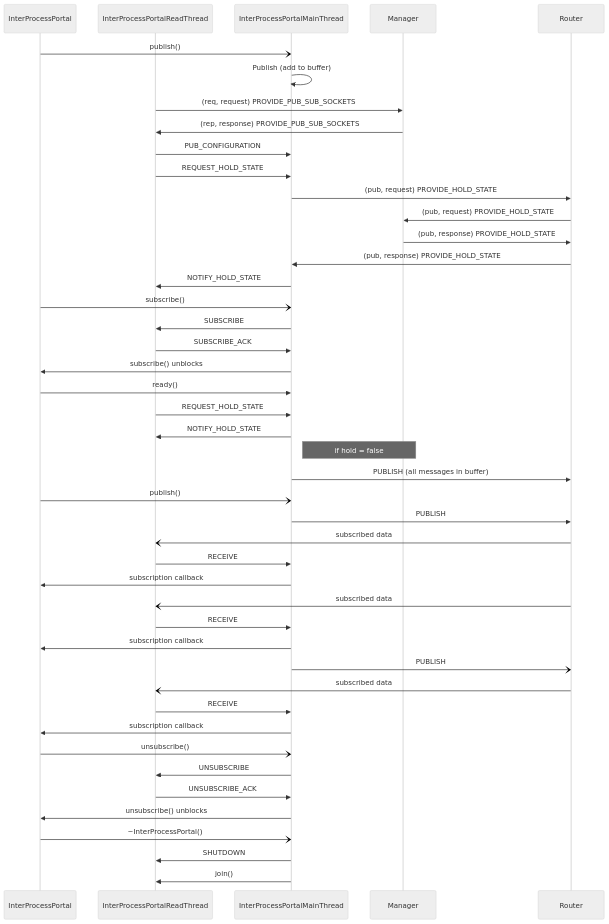
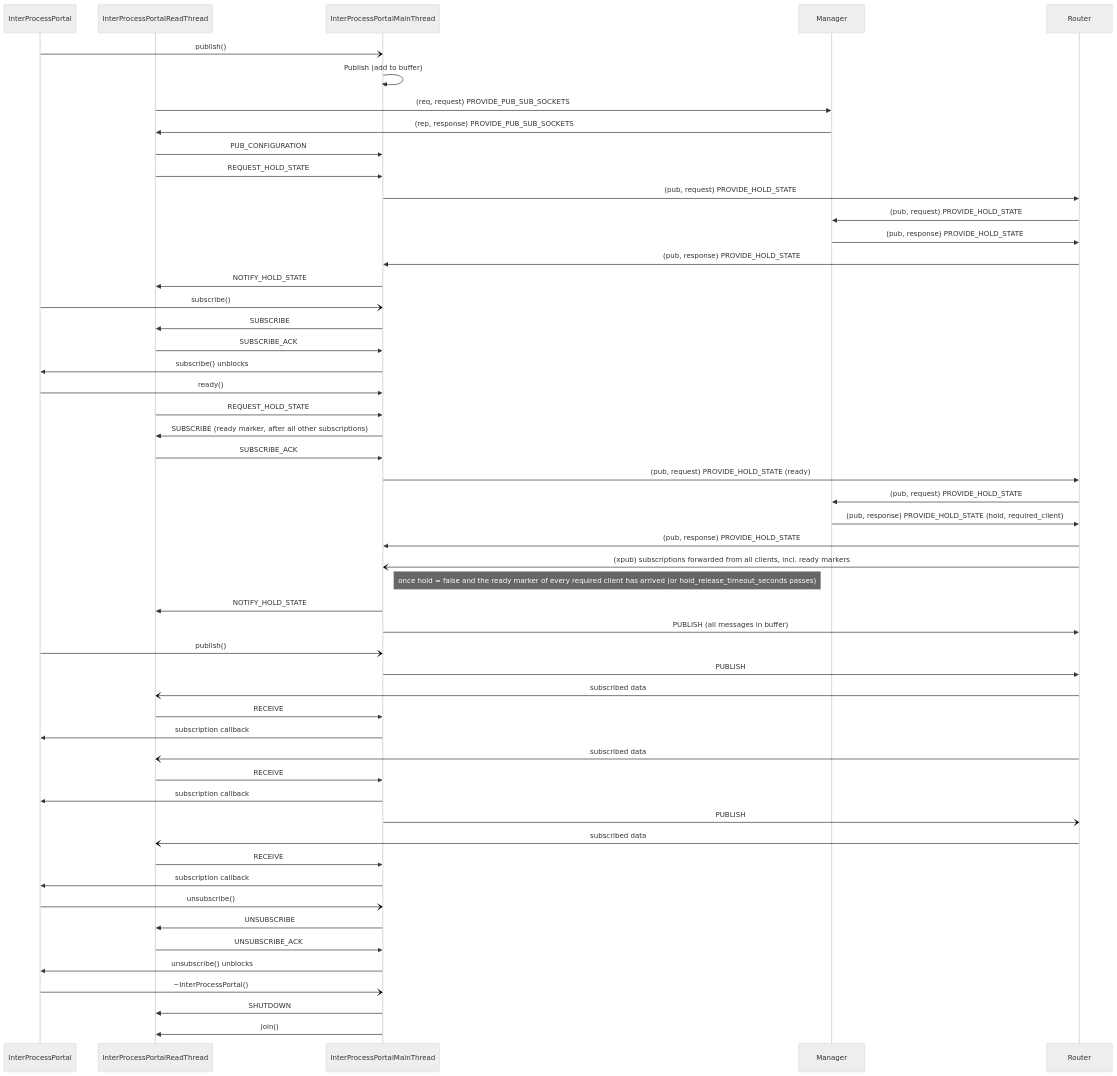
One commit to GobySoft/goby3 changed the diagram in src/doc/mermaid/zeromq_portal_sequence.md. Above: the diagram before and after it, drawn with Mermaid (neutral theme). The commit also changed 10 other files, not shown here.

````diff
--- a/src/doc/mermaid/zeromq_portal_sequence.md
+++ b/src/doc/mermaid/zeromq_portal_sequence.md
@@ -1,48 +1,55 @@
 ```mermaid
 sequenceDiagram
     participant portal as InterProcessPortal
     participant read as InterProcessPortalReadThread
     participant main as InterProcessPortalMainThread
     participant manager as Manager
     participant router as Router
     
     portal-)main: publish()
     main->>main: Publish (add to buffer)
     read->>manager: (req, request) PROVIDE_PUB_SUB_SOCKETS
     manager->>read: (rep, response) PROVIDE_PUB_SUB_SOCKETS
     read->>main: PUB_CONFIGURATION    
     read->>main: REQUEST_HOLD_STATE
     main->>router: (pub, request) PROVIDE_HOLD_STATE
     router->>manager: (pub, request) PROVIDE_HOLD_STATE
     manager->>router: (pub, response) PROVIDE_HOLD_STATE
     router->>main: (pub, response) PROVIDE_HOLD_STATE
     main->>read: NOTIFY_HOLD_STATE
     portal-)main: subscribe()
     main->>read: SUBSCRIBE
     read->>main: SUBSCRIBE_ACK
     main->>portal: subscribe() unblocks
     portal->>main: ready()
     read->>main: REQUEST_HOLD_STATE
+    main->>read: SUBSCRIBE (ready marker, after all other subscriptions)
+    read->>main: SUBSCRIBE_ACK
+    main->>router: (pub, request) PROVIDE_HOLD_STATE (ready)
+    router->>manager: (pub, request) PROVIDE_HOLD_STATE
+    manager->>router: (pub, response) PROVIDE_HOLD_STATE (hold, required_client)
+    router->>main: (pub, response) PROVIDE_HOLD_STATE
+    router-)main: (xpub) subscriptions forwarded from all clients, incl. ready markers
+    Note right of main: once hold = false and the ready marker of every required client has arrived (or hold_release_timeout_seconds passes)
     main->>read: NOTIFY_HOLD_STATE
-    Note right of main: if hold = false
     main->>router: PUBLISH (all messages in buffer)
     portal-)main: publish()
     main->>router: PUBLISH
     router-)read: subscribed data
     read->>main: RECEIVE
     main->>portal: subscription callback
     router-)read: subscribed data
     read->>main: RECEIVE
     main->>portal: subscription callback
     main-)router: PUBLISH
     router-)read: subscribed data
     read->>main: RECEIVE
     main->>portal: subscription callback
     portal-)main: unsubscribe()
     main->>read: UNSUBSCRIBE
     read->>main: UNSUBSCRIBE_ACK
     main->>portal: unsubscribe() unblocks
     portal-)main: ~InterProcessPortal()
     main->>read: SHUTDOWN
     main->>read: join()
 ```
````
